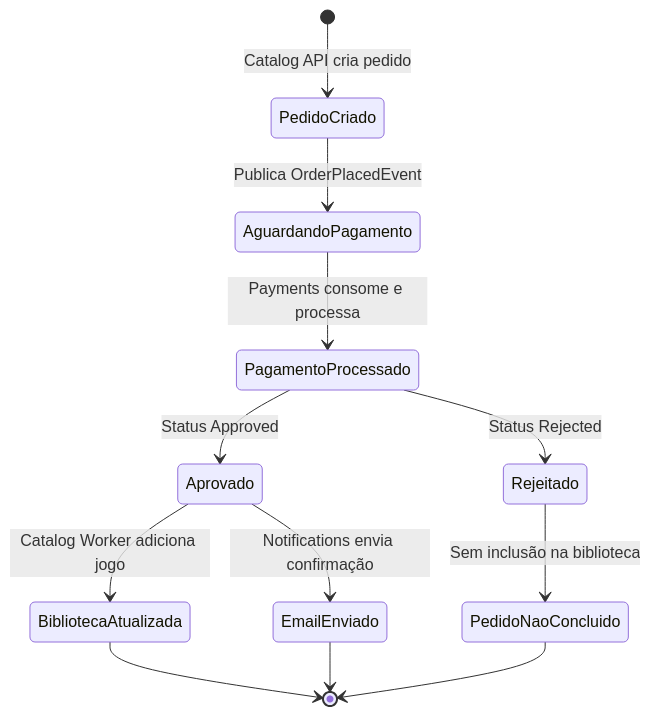
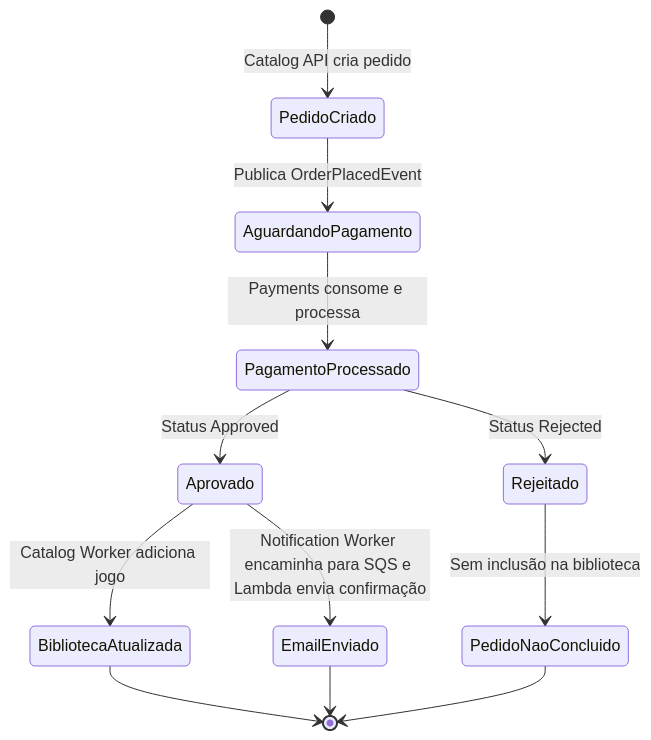
One commit to IgorAnthonyy/FIAP-Cloud-Games changed the fourth of 5 diagrams in docs/arquitetura-microservicos.md. Above: the diagram before and after it, drawn with Mermaid. The commit also changed other lines of this file, not shown here.

````diff
--- a/docs/arquitetura-microservicos.md
+++ b/docs/arquitetura-microservicos.md
@@ -176,14 +230,14 @@
 ```mermaid
 stateDiagram-v2
     [*] --> PedidoCriado: Catalog API cria pedido
     PedidoCriado --> AguardandoPagamento: Publica OrderPlacedEvent
     AguardandoPagamento --> PagamentoProcessado: Payments consome e processa
     PagamentoProcessado --> Aprovado: Status Approved
     PagamentoProcessado --> Rejeitado: Status Rejected
     Aprovado --> BibliotecaAtualizada: Catalog Worker adiciona jogo
-    Aprovado --> EmailEnviado: Notifications envia confirmação
+    Aprovado --> EmailEnviado: Notification Worker encaminha para SQS e Lambda envia confirmação
     Rejeitado --> PedidoNaoConcluido: Sem inclusão na biblioteca
     BibliotecaAtualizada --> [*]
     EmailEnviado --> [*]
     PedidoNaoConcluido --> [*]
 ```
````
